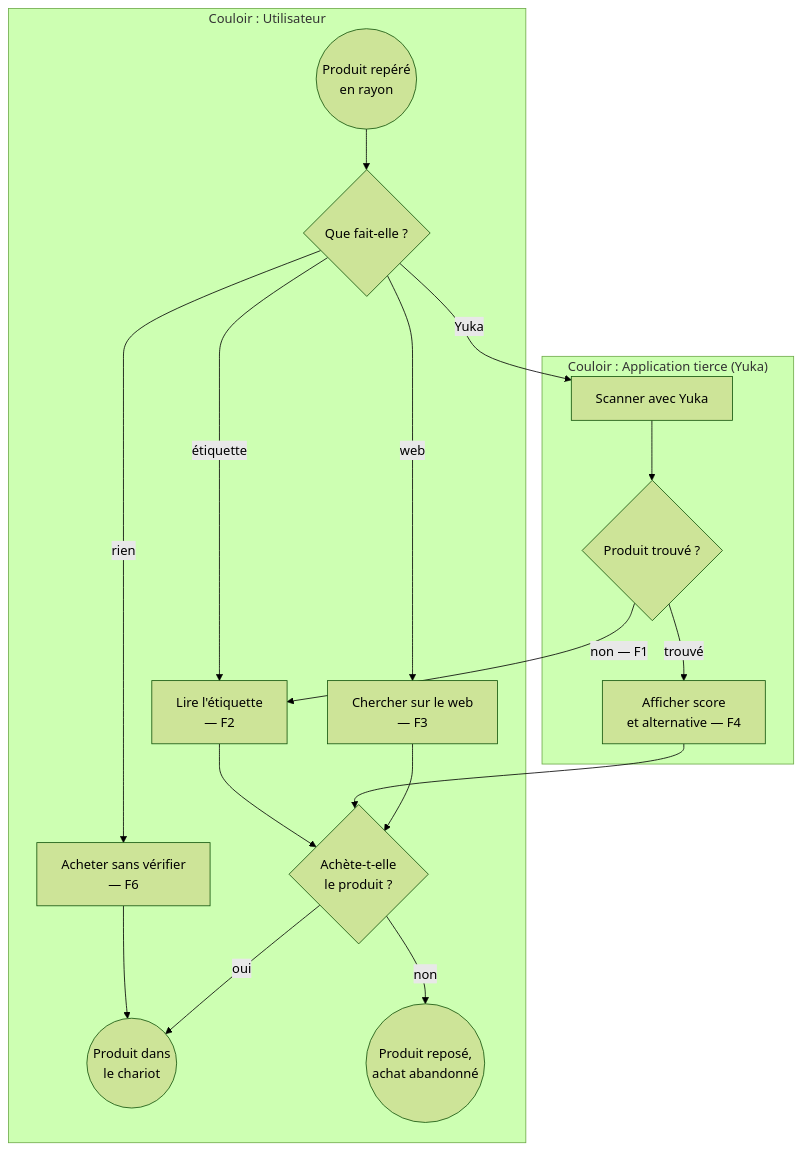
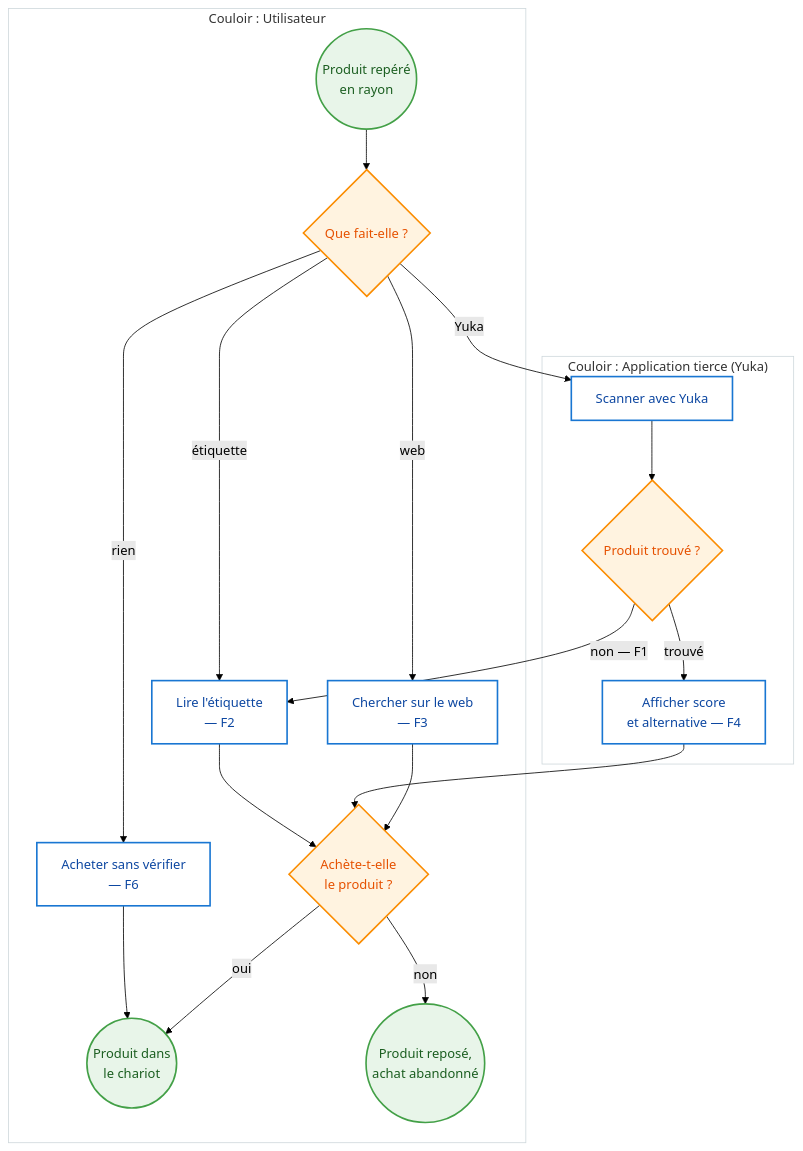
One commit to SDMM27/NutriScope changed the first of 2 diagrams in docs/cadrage/processus.md. Above: the diagram before and after it, drawn with Mermaid (forest theme). The commit also changed other lines of this file and 2 other files, not shown here.

Commit message:
ajout de couleurs sur les diagrammes

````diff
--- a/docs/cadrage/processus.md
+++ b/docs/cadrage/processus.md
@@ -13,29 +13,38 @@
 ```mermaid
 flowchart TD
     subgraph LaneUser["Couloir : Utilisateur"]
         Start(("Produit repéré<br/>en rayon"))
         Decide{"Que fait-elle ?"}
         ReadLabel["Lire l'étiquette<br/>— F2"]
         WebSearch["Chercher sur le web<br/>— F3"]
         NoCheck["Acheter sans vérifier<br/>— F6"]
         FinalGw{"Achète-t-elle<br/>le produit ?"}
         EndBuy(("Produit dans<br/>le chariot"))
         EndNoBuy(("Produit reposé,<br/>achat abandonné"))
     end
 
     subgraph LaneYuka["Couloir : Application tierce (Yuka)"]
         ScanYuka["Scanner avec Yuka"]
         FoundGw{"Produit trouvé ?"}
         ShowScore["Afficher score<br/>et alternative — F4"]
     end
 
     Start --> Decide
     Decide -- "étiquette" --> ReadLabel --> FinalGw
     Decide -- "Yuka" --> ScanYuka --> FoundGw
     FoundGw -- "non — F1" --> ReadLabel
     FoundGw -- "trouvé" --> ShowScore --> FinalGw
     Decide -- "web" --> WebSearch --> FinalGw
     Decide -- "rien" --> NoCheck --> EndBuy
     FinalGw -- "oui" --> EndBuy
     FinalGw -- "non" --> EndNoBuy
+
+    classDef evt fill:#e8f5e9,stroke:#43a047,stroke-width:2px,color:#1b5e20
+    classDef act fill:#ffffff,stroke:#1976d2,stroke-width:2px,color:#0d47a1
+    classDef gw fill:#fff3e0,stroke:#fb8c00,stroke-width:2px,color:#e65100
+    class Start,EndBuy,EndNoBuy evt
+    class Decide,FoundGw,FinalGw gw
+    class ReadLabel,WebSearch,NoCheck,ScanYuka,ShowScore act
+    style LaneUser fill:#ffffff,stroke:#cfd8dc,stroke-width:1px
+    style LaneYuka fill:#ffffff,stroke:#cfd8dc,stroke-width:1px
 ```
````
